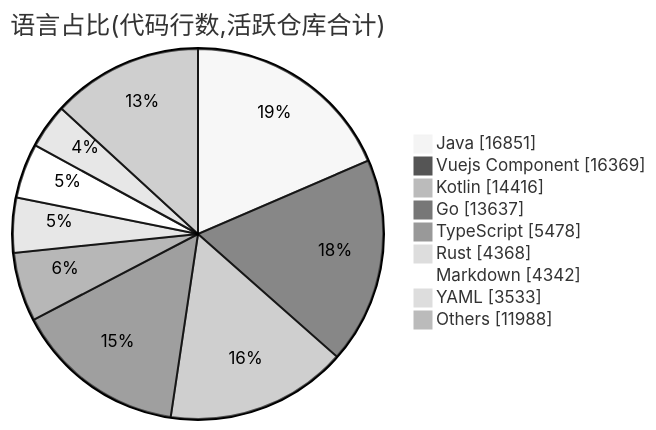
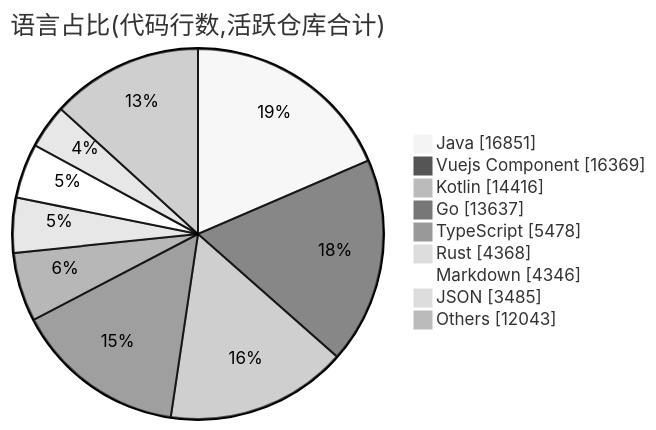
One commit to Conflux-Union/.github changed the second of 2 diagrams in profile/README.md. Above: the diagram before and after it, drawn with Mermaid (neutral theme). The commit also changed other lines of this file and 1 other file, not shown here.

````diff
--- a/profile/README.md
+++ b/profile/README.md
@@ -74,13 +74,13 @@
 ```mermaid
 pie showData
     title 语言占比(代码行数,活跃仓库合计)
     "Java" : 16851
     "Vuejs Component" : 16369
     "Kotlin" : 14416
     "Go" : 13637
     "TypeScript" : 5478
     "Rust" : 4368
-    "Markdown" : 4342
-    "YAML" : 3533
-    "Others" : 11988
+    "Markdown" : 4346
+    "JSON" : 3485
+    "Others" : 12043
 ```
````
